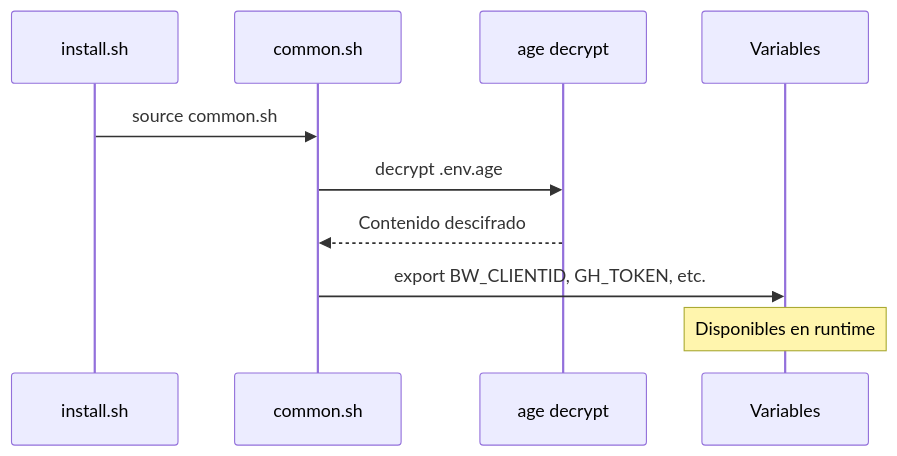
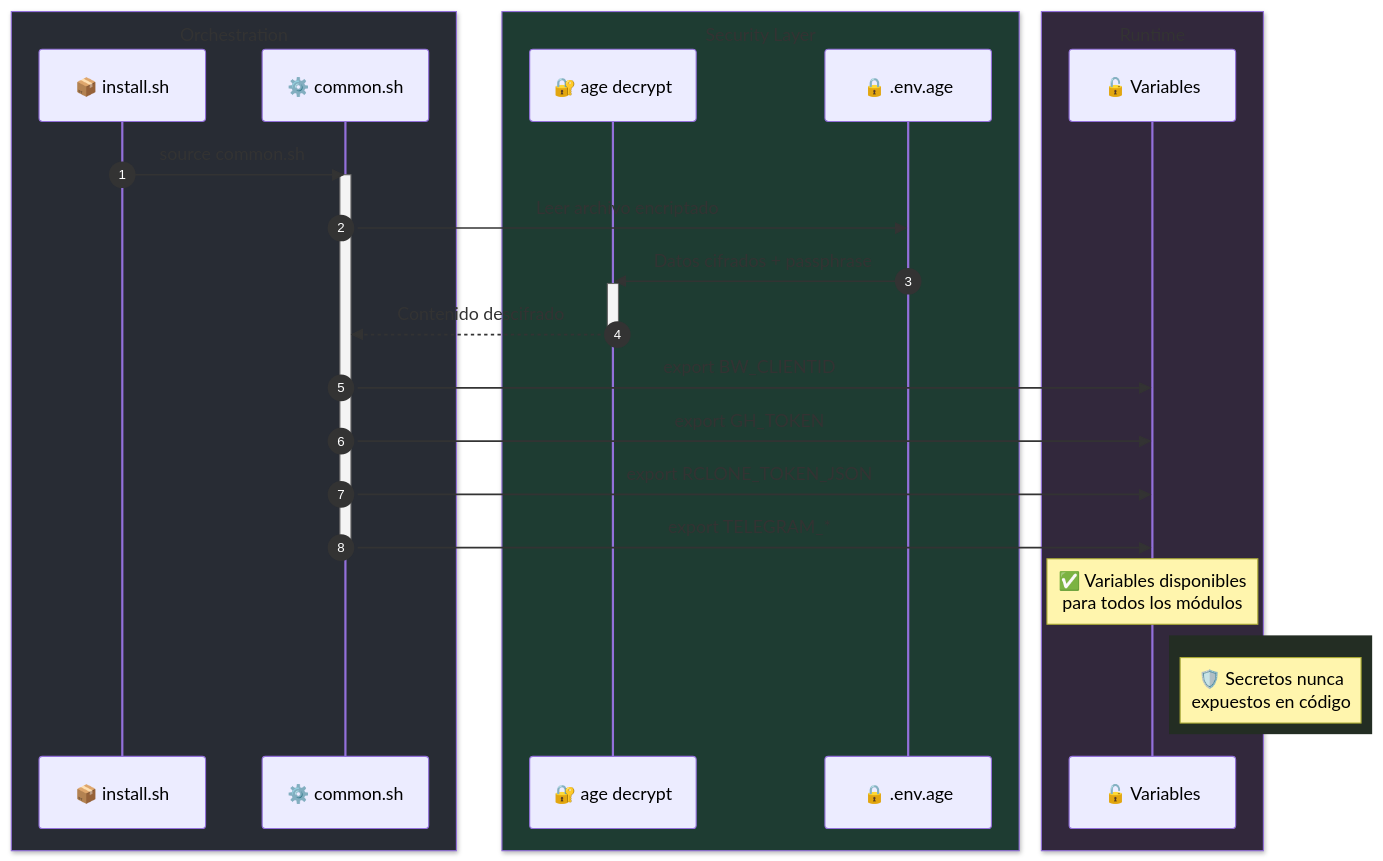
One commit to herwingx/dotfiles changed the second of 2 diagrams in README.md. Above: the diagram before and after it, drawn with Mermaid. The commit also changed other lines of this file, not shown here.

Commit message:
docs(readme): mejorar diagramas Mermaid con subgrafos y estilos visuales (#13)

````diff
--- a/README.md
+++ b/README.md
@@ -242,13 +263,40 @@
 ```mermaid
 sequenceDiagram
-    participant Install as install.sh
-    participant Common as common.sh
-    participant Age as age decrypt
-    participant Env as Variables
+    autonumber
+    
+    box rgb(40, 44, 52) Orchestration
+        participant Install as 📦 install.sh
+        participant Common as ⚙️ common.sh
+    end
+    
+    box rgb(30, 60, 50) Security Layer
+        participant Age as 🔐 age decrypt
+        participant Secrets as 🔒 .env.age
+    end
+    
+    box rgb(50, 40, 60) Runtime
+        participant Env as 🔓 Variables
+    end
 
     Install->>Common: source common.sh
-    Common->>Age: decrypt .env.age
+    activate Common
+    
+    Common->>Secrets: Leer archivo encriptado
+    Secrets->>Age: Datos cifrados + passphrase
+    activate Age
+    
     Age-->>Common: Contenido descifrado
-    Common->>Env: export BW_CLIENTID, GH_TOKEN, etc.
-    Note over Env: Disponibles en runtime
+    deactivate Age
+    
+    Common->>Env: export BW_CLIENTID
+    Common->>Env: export GH_TOKEN
+    Common->>Env: export RCLONE_TOKEN_JSON
+    Common->>Env: export TELEGRAM_*
+    deactivate Common
+    
+    Note over Env: ✅ Variables disponibles<br/>para todos los módulos
+    
+    rect rgb(35, 45, 35)
+        Note right of Env: 🛡️ Secretos nunca<br/>expuestos en código
+    end
 ```
````
